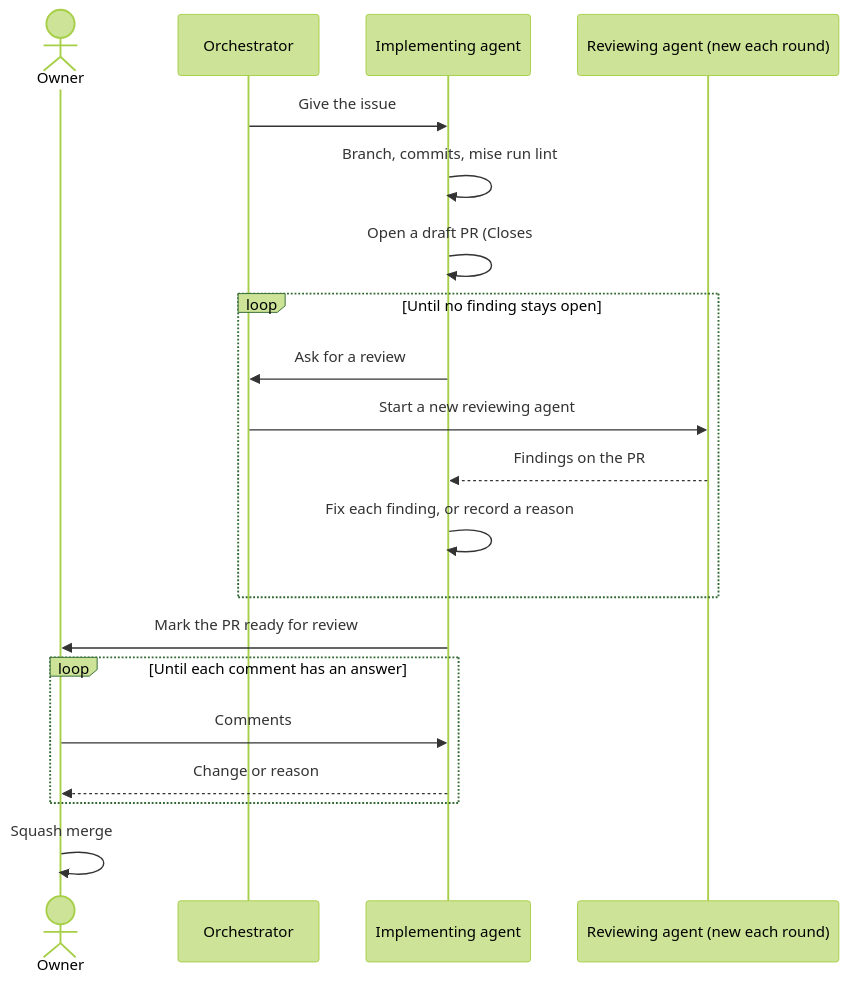
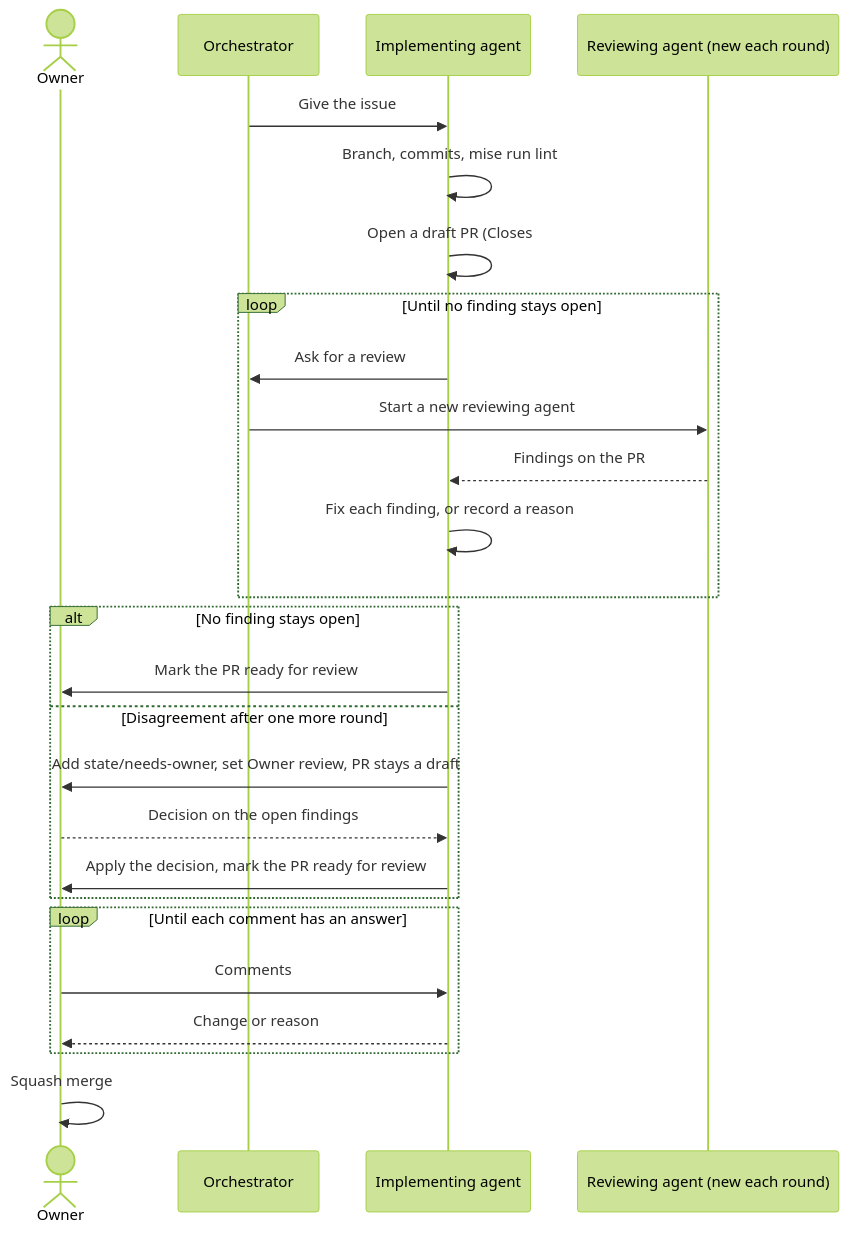
Before and after one commit to gsuquet/homelab: the fourth of 7 diagrams in docs/records/rfcs/0002-how-we-work.md, drawn with Mermaid (forest theme). The commit also changed other lines of this file, not shown here.

First line of the commit message:
docs(records): apply review round 2 to RFC 0002

````diff
--- a/docs/records/rfcs/0002-how-we-work.md
+++ b/docs/records/rfcs/0002-how-we-work.md
@@ -179,22 +180,28 @@
 ```mermaid
 sequenceDiagram
     actor Owner
     participant Orch as Orchestrator
     participant Impl as Implementing agent
     participant Rev as Reviewing agent (new each round)
     Orch->>Impl: Give the issue
     Impl->>Impl: Branch, commits, mise run lint
     Impl->>Impl: Open a draft PR (Closes #N)
     loop Until no finding stays open
         Impl->>Orch: Ask for a review
         Orch->>Rev: Start a new reviewing agent
         Rev-->>Impl: Findings on the PR
         Impl->>Impl: Fix each finding, or record a reason
     end
-    Impl->>Owner: Mark the PR ready for review
+    alt No finding stays open
+        Impl->>Owner: Mark the PR ready for review
+    else Disagreement after one more round
+        Impl->>Owner: Add state/needs-owner, set Owner review, PR stays a draft
+        Owner-->>Impl: Decision on the open findings
+        Impl->>Owner: Apply the decision, mark the PR ready for review
+    end
     loop Until each comment has an answer
         Owner->>Impl: Comments
         Impl-->>Owner: Change or reason
     end
     Owner->>Owner: Squash merge
 ```
````
